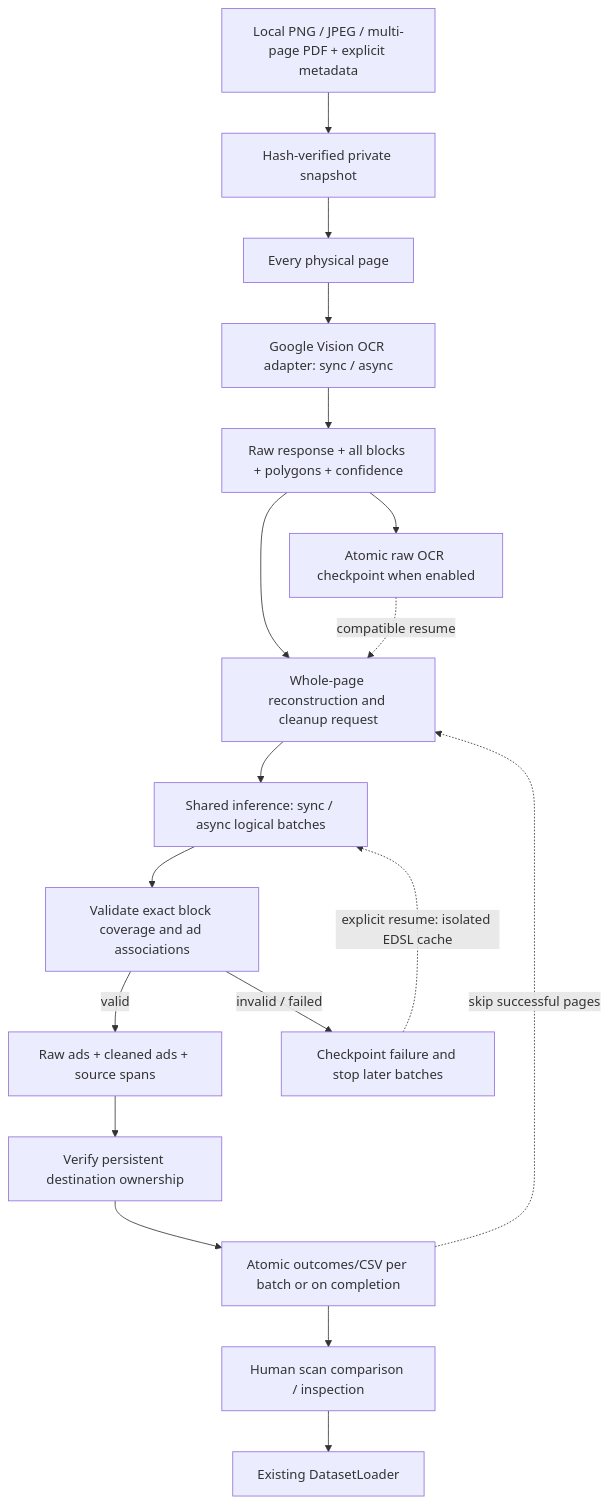
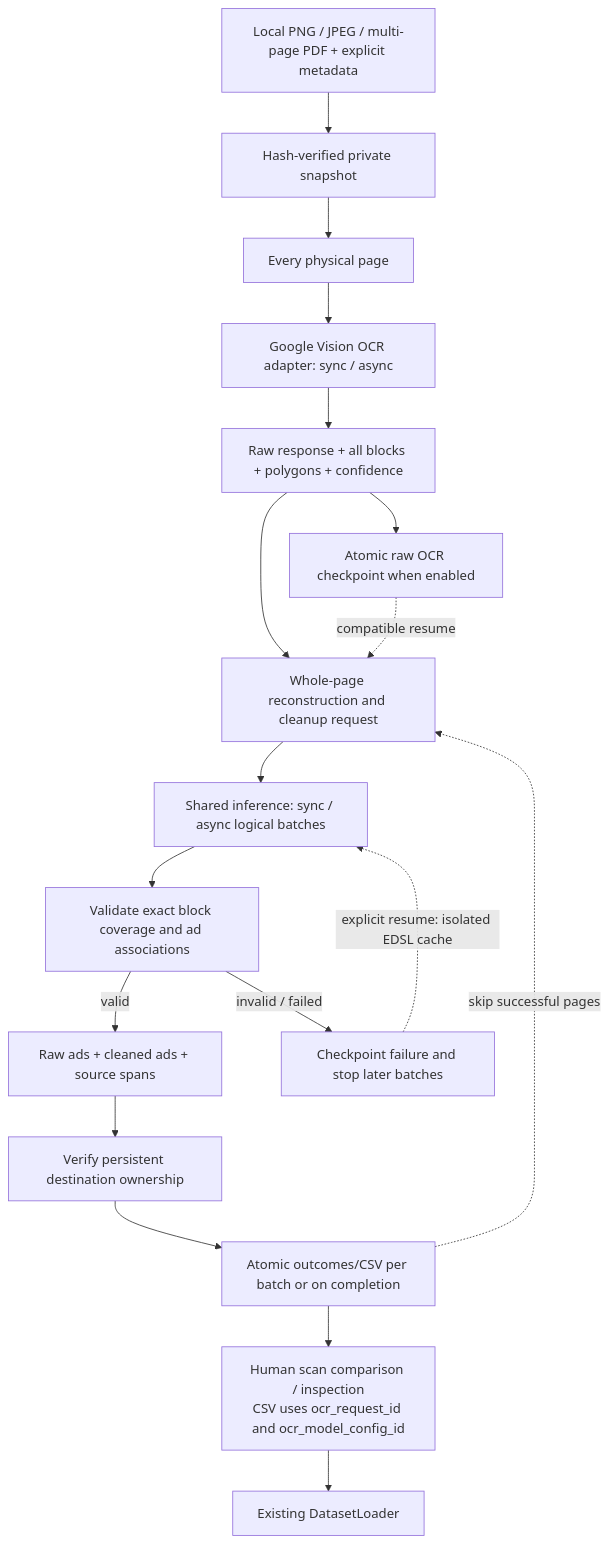
One commit to KirillUtyashev/LLM_AuditKit changed the diagram in docs/architecture/newspaper_ocr.mmd. Above: the diagram before and after it, drawn with Mermaid. The commit also changed 35 other files, not shown here.

```diff
--- a/docs/architecture/newspaper_ocr.mmd
+++ b/docs/architecture/newspaper_ocr.mmd
@@ -1,18 +1,18 @@
 flowchart TD
     S[Local PNG / JPEG / multi-page PDF + explicit metadata] --> T[Hash-verified private snapshot]
     T --> P[Every physical page]
     P --> V[Google Vision OCR adapter: sync / async]
     V --> R[Raw response + all blocks + polygons + confidence]
     R --> C[Atomic raw OCR checkpoint when enabled]
     R --> Q[Whole-page reconstruction and cleanup request]
     Q --> I[Shared inference: sync / async logical batches]
     I --> A[Validate exact block coverage and ad associations]
     A -->|valid| B[Raw ads + cleaned ads + source spans]
     A -->|invalid / failed| E[Checkpoint failure and stop later batches]
     E -. explicit resume: isolated EDSL cache .-> I
     B --> O[Verify persistent destination ownership]
     O --> J[Atomic outcomes/CSV per batch or on completion]
-    J --> H[Human scan comparison / inspection]
+    J --> H[Human scan comparison / inspection<br/>CSV uses ocr_request_id and ocr_model_config_id]
     H --> D[Existing DatasetLoader]
     C -. compatible resume .-> Q
     J -. skip successful pages .-> Q
```
